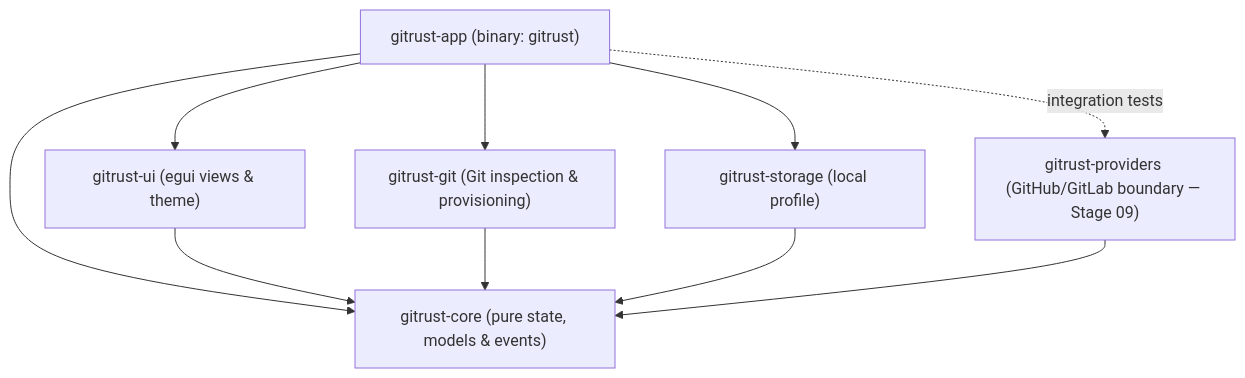
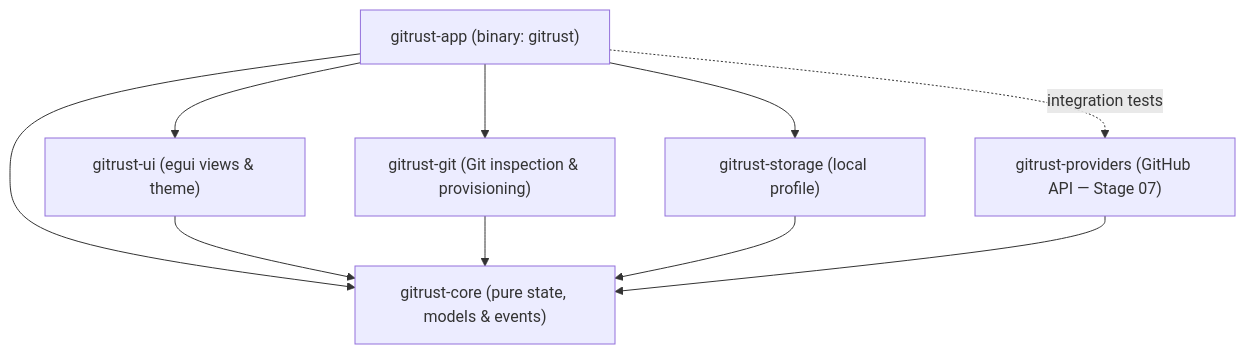
Before and after one commit to enthonyaraujo/gitRUST: the diagram in docs/ARCHITECTURE.md, drawn with Mermaid. The commit also changed other lines of this file and 22 other files, not shown here.

Commit message:
docs(stage-07): document GitHub integration and renumber the roadmap

````diff
--- a/docs/ARCHITECTURE.md
+++ b/docs/ARCHITECTURE.md
@@ -20,19 +20,19 @@
 ```mermaid
 flowchart TD
     app["gitrust-app (binary: gitrust)"]
     ui["gitrust-ui (egui views & theme)"]
     git["gitrust-git (Git inspection & provisioning)"]
     storage["gitrust-storage (local profile)"]
-    providers["gitrust-providers (GitHub/GitLab boundary — Stage 09)"]
+    providers["gitrust-providers (GitHub API — Stage 07)"]
     core["gitrust-core (pure state, models & events)"]
 
     app --> ui
     app --> core
     app --> git
     app --> storage
     app -.->|"integration tests"| providers
     ui --> core
     git --> core
     storage --> core
     providers --> core
 ```
````
